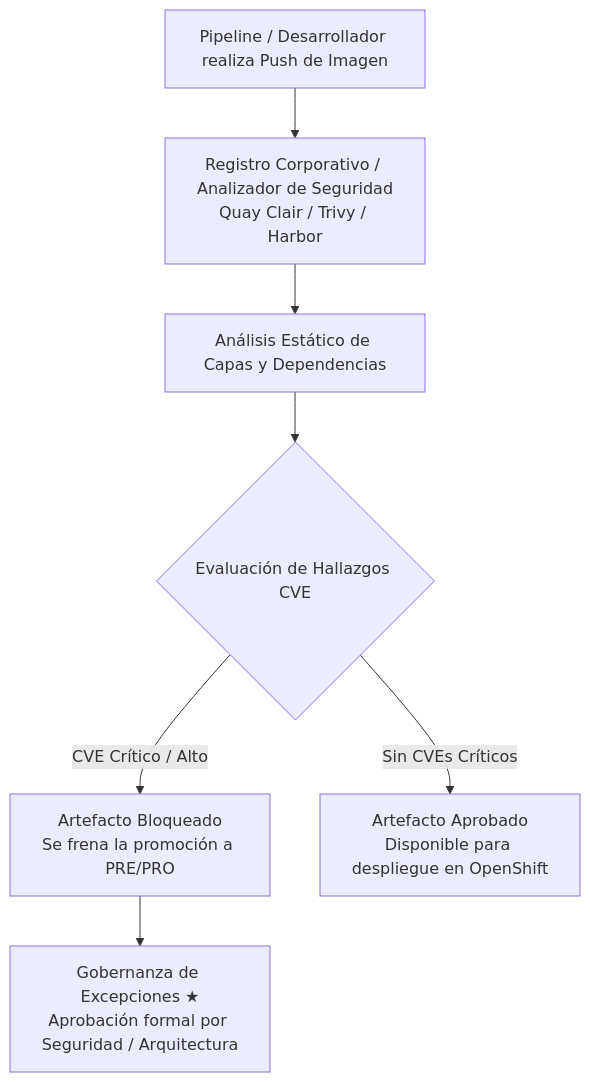
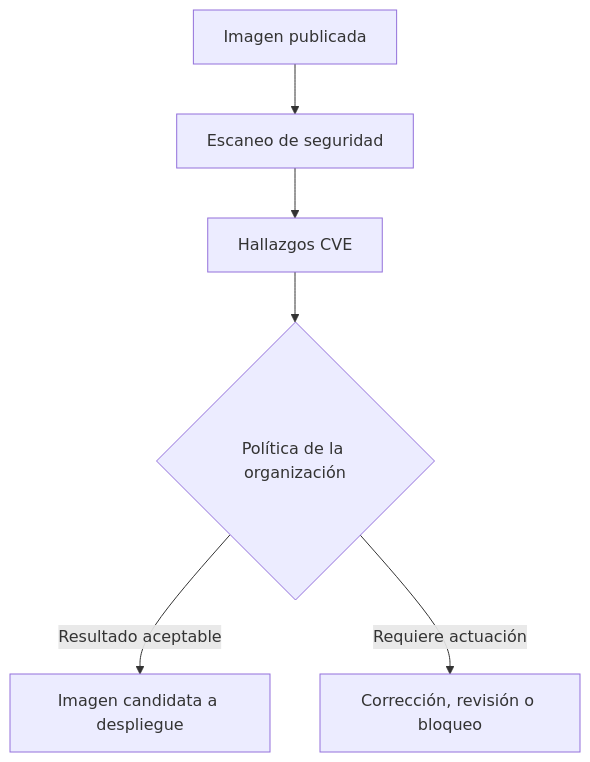
The fourth of 4 diagrams in docs/sesion4/4.4 Registro, gestión y seguridad de imágenes.md (ieftraining/curso-openshift), drawn with Mermaid before and after one commit. The commit also changed other lines of this file, not shown here.

````diff
--- a/docs/sesion4/4.4 Registro, gestión y seguridad de imágenes.md
+++ b/docs/sesion4/4.4 Registro, gestión y seguridad de imágenes.md
@@ -165,9 +244,8 @@
 ```mermaid
 flowchart TD
-    A[Pipeline / Desarrollador realiza Push de Imagen] --> B[Registro Corporativo / Analizador de Seguridad<br>Quay Clair / Trivy / Harbor]
-    B --> C[Análisis Estático de Capas y Dependencias]
-    C --> D{Evaluación de Hallazgos CVE}
-    D -->|CVE Crítico / Alto| E[Artefacto Bloqueado<br>Se frena la promoción a PRE/PRO]
-    D -->|Sin CVEs Críticos| F[Artefacto Aprobado<br>Disponible para despliegue en OpenShift]
-    E --> G[Gobernanza de Excepciones ★<br>Aprobación formal por Seguridad / Arquitectura]
+    A[Imagen publicada] --> B[Escaneo de seguridad]
+    B --> C[Hallazgos CVE]
+    C --> D{Política de la organización}
+    D -->|Resultado aceptable| E[Imagen candidata a despliegue]
+    D -->|Requiere actuación| F[Corrección, revisión o bloqueo]
 ```
````
